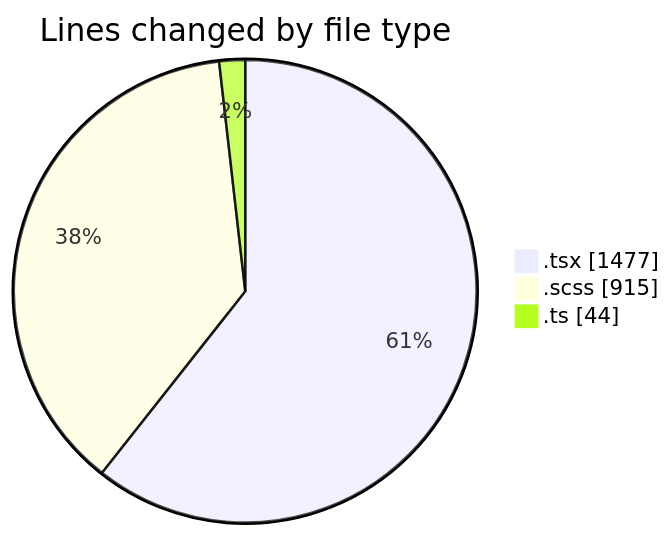
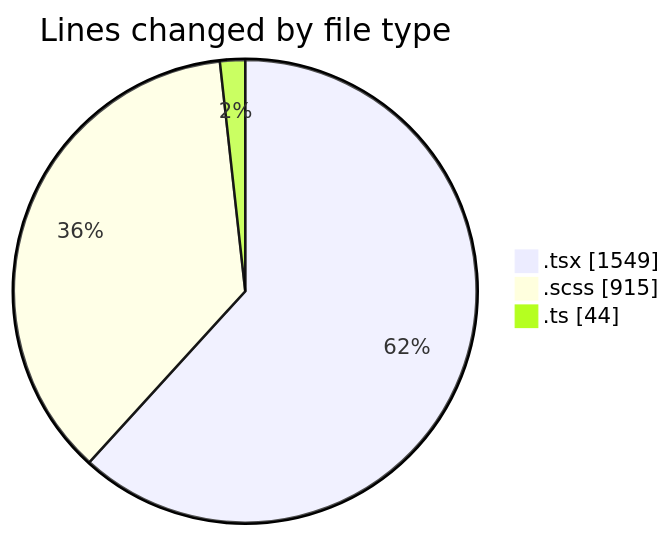
Before and after one commit to momahboobian/code-tracking: the first of 2 diagrams in 2025-03-27/cda/README.md, drawn with Mermaid. The commit also changed other lines of this file and 1 other file, not shown here.

````diff
--- a/2025-03-27/cda/README.md
+++ b/2025-03-27/cda/README.md
@@ -29,7 +30,7 @@
 ```mermaid
 pie showData
 title Lines changed by file type
-".tsx" : 1477
+".tsx" : 1549
 ".scss" : 915
 ".ts" : 44
 ```
````
